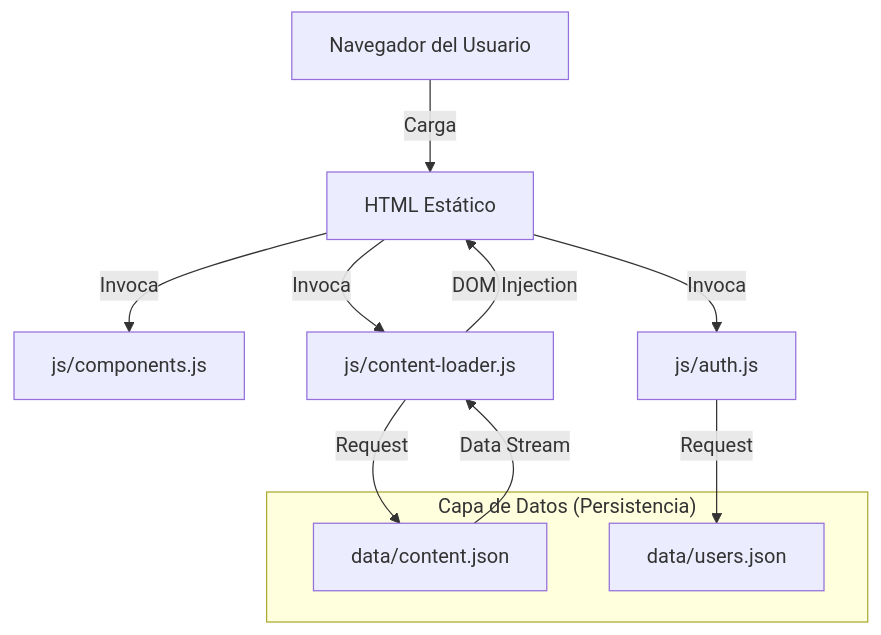
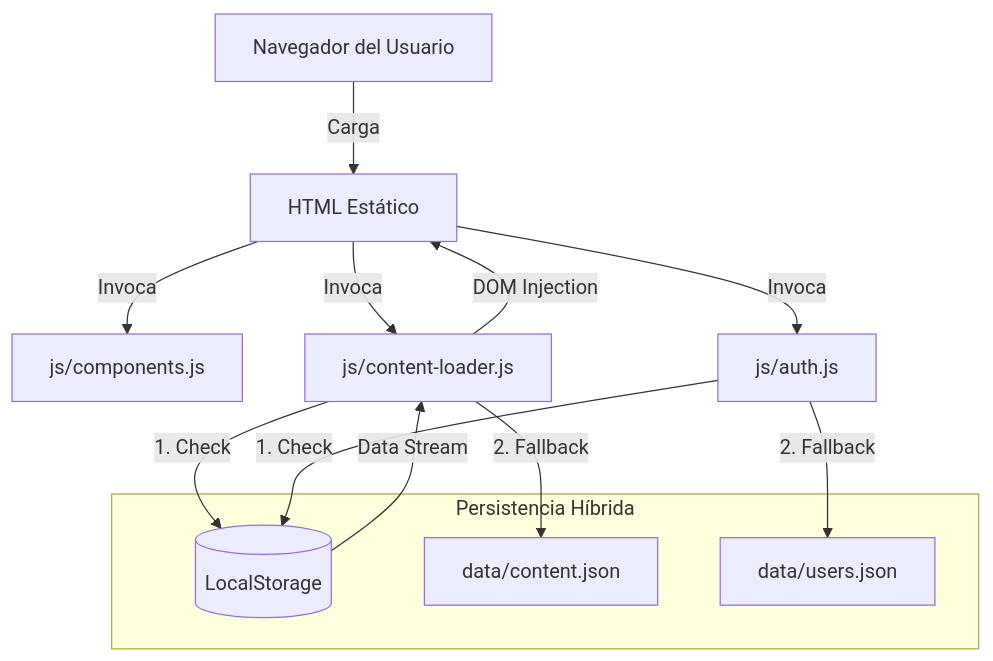
The first of 4 diagrams in document/4_Arquitectura_Datos_Interaccion.md (waltervasquezpina-arch/agroideas-modernizacion), drawn with Mermaid before and after one commit. The commit also changed other lines of this file and 4 other files, not shown here.

Commit message:
docs: Update technical documentation with Admin Dashboard features and LocalStorage persistence logic

````diff
--- a/document/4_Arquitectura_Datos_Interaccion.md
+++ b/document/4_Arquitectura_Datos_Interaccion.md
@@ -12,18 +12,21 @@
 ```mermaid
 graph TD
     A[Navegador del Usuario] -->|Carga| B[HTML Estático]
     B -->|Invoca| C[js/components.js]
     B -->|Invoca| D[js/content-loader.js]
     B -->|Invoca| E[js/auth.js]
     
-    D -->|Request| F[data/content.json]
-    E -->|Request| G[data/users.json]
+    D -->|1. Check| LS[(LocalStorage)]
+    D -->|2. Fallback| F[data/content.json]
+    E -->|1. Check| LS
+    E -->|2. Fallback| G[data/users.json]
     
-    F -->|Data Stream| D
+    LS -->|Data Stream| D
     D -->|DOM Injection| B
     
-    subgraph "Capa de Datos (Persistencia)"
+    subgraph "Persistencia Híbrida"
+        LS
         F
         G
     end
 ```
````
